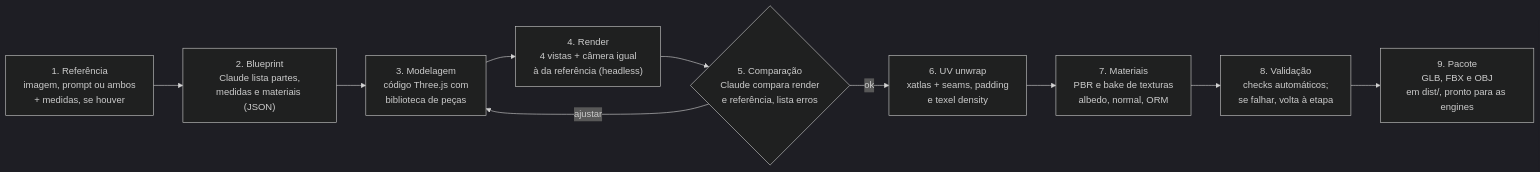
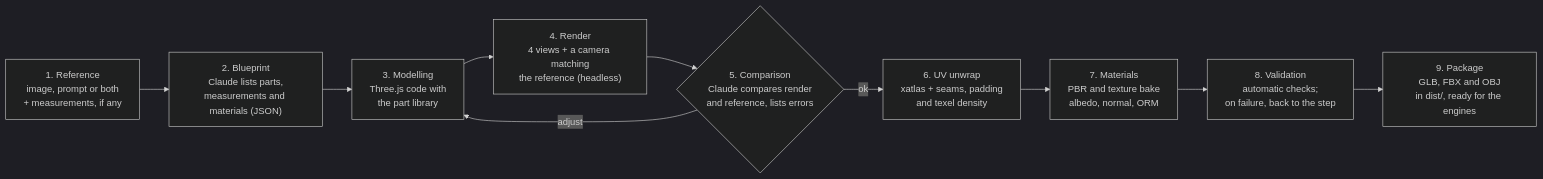
The diagram in Meshsmith - Spec & Roadmap.md (tiago-xavier-braga/Meshsmith), drawn with Mermaid (dark theme) before and after one commit. The commit also changed other lines of this file and 3 other files, not shown here.

````diff
--- a/Meshsmith - Spec & Roadmap.md
+++ b/Meshsmith - Spec & Roadmap.md
@@ -54,12 +54,12 @@
 ```mermaid
 flowchart LR
-    A["1. Referência<br/>imagem, prompt ou ambos<br/>+ medidas, se houver"] --> B["2. Blueprint<br/>Claude lista partes,<br/>medidas e materiais (JSON)"]
-    B --> C["3. Modelagem<br/>código Three.js com<br/>biblioteca de peças"]
-    C --> D["4. Render<br/>4 vistas + câmera igual<br/>à da referência (headless)"]
-    D --> E{"5. Comparação<br/>Claude compara render<br/>e referência, lista erros"}
-    E -- ajustar --> C
-    E -- ok --> F["6. UV unwrap<br/>xatlas + seams, padding<br/>e texel density"]
-    F --> G["7. Materiais<br/>PBR e bake de texturas<br/>albedo, normal, ORM"]
-    G --> H["8. Validação<br/>checks automáticos;<br/>se falhar, volta à etapa"]
-    H --> I["9. Pacote<br/>GLB, FBX e OBJ<br/>em dist/, pronto para as engines"]
+    A["1. Reference<br/>image, prompt or both<br/>+ measurements, if any"] --> B["2. Blueprint<br/>Claude lists parts,<br/>measurements and materials (JSON)"]
+    B --> C["3. Modelling<br/>Three.js code with<br/>the part library"]
+    C --> D["4. Render<br/>4 views + a camera matching<br/>the reference (headless)"]
+    D --> E{"5. Comparison<br/>Claude compares render<br/>and reference, lists errors"}
+    E -- adjust --> C
+    E -- ok --> F["6. UV unwrap<br/>xatlas + seams, padding<br/>and texel density"]
+    F --> G["7. Materials<br/>PBR and texture bake<br/>albedo, normal, ORM"]
+    G --> H["8. Validation<br/>automatic checks;<br/>on failure, back to the step"]
+    H --> I["9. Package<br/>GLB, FBX and OBJ<br/>in dist/, ready for the engines"]
 ```
````
